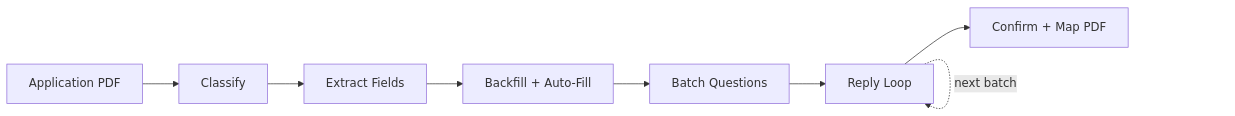
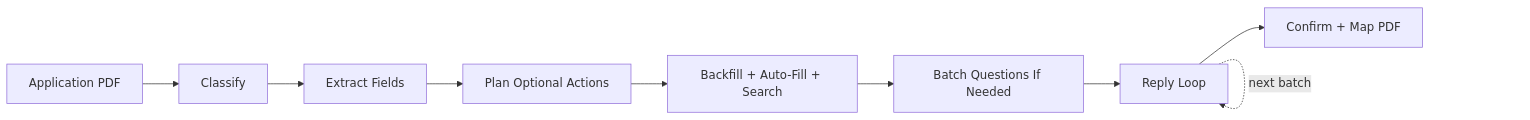
Before and after one commit to claritylabs-inc/cl-sdk: the diagram in docs-pkg/application/overview.mdx, drawn with Mermaid. The commit also changed other lines of this file and 12 other files, not shown here.

````diff
--- a/docs-pkg/application/overview.mdx
+++ b/docs-pkg/application/overview.mdx
@@ -43,10 +43,11 @@
 ```mermaid
 flowchart LR
   PDF[Application PDF] --> C[Classify]
   C --> E[Extract Fields]
-  E --> AF[Backfill + Auto-Fill]
-  AF --> B[Batch Questions]
+  E --> P[Plan Optional Actions]
+  P --> AF[Backfill + Auto-Fill + Search]
+  AF --> B[Batch Questions If Needed]
   B --> RL[Reply Loop]
   RL --> CF[Confirm + Map PDF]
   RL -.->|next batch| RL
 ```
````
